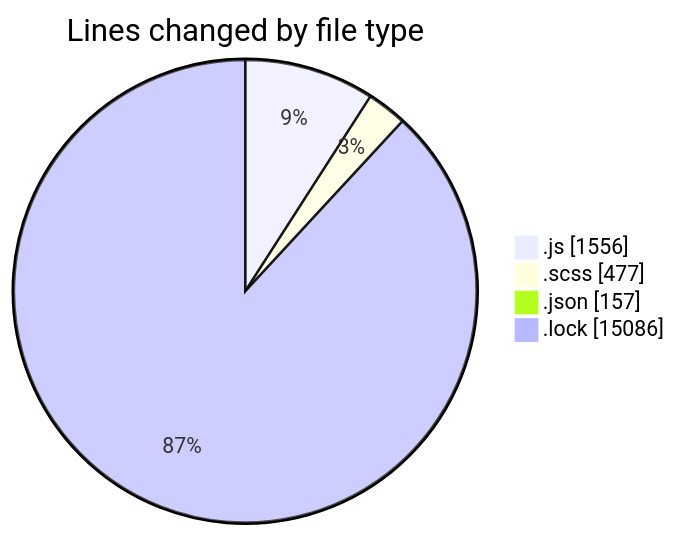
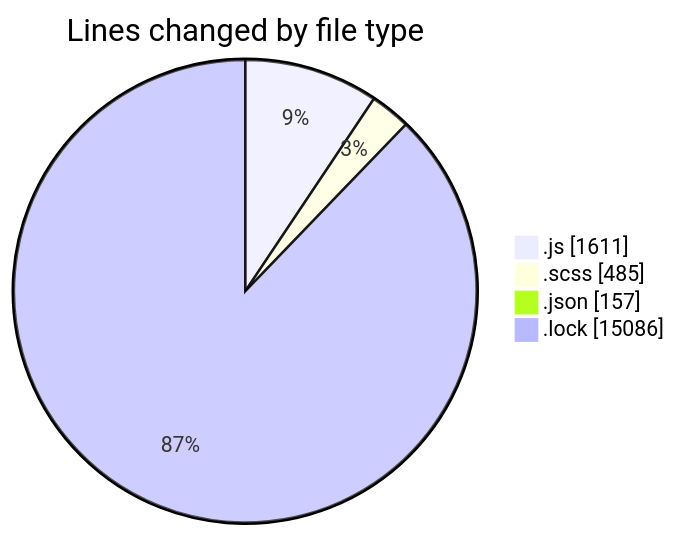
One commit to momahboobian/code-tracking changed the first of 2 diagrams in 2026-01-05/cda/README.md. Above: the diagram before and after it, drawn with Mermaid. The commit also changed other lines of this file and 1 other file, not shown here.

````diff
--- a/2026-01-05/cda/README.md
+++ b/2026-01-05/cda/README.md
@@ -38,8 +38,8 @@
 ```mermaid
 pie showData
 title Lines changed by file type
-".js" : 1556
-".scss" : 477
+".js" : 1611
+".scss" : 485
 ".json" : 157
 ".lock" : 15086
 ```
````
